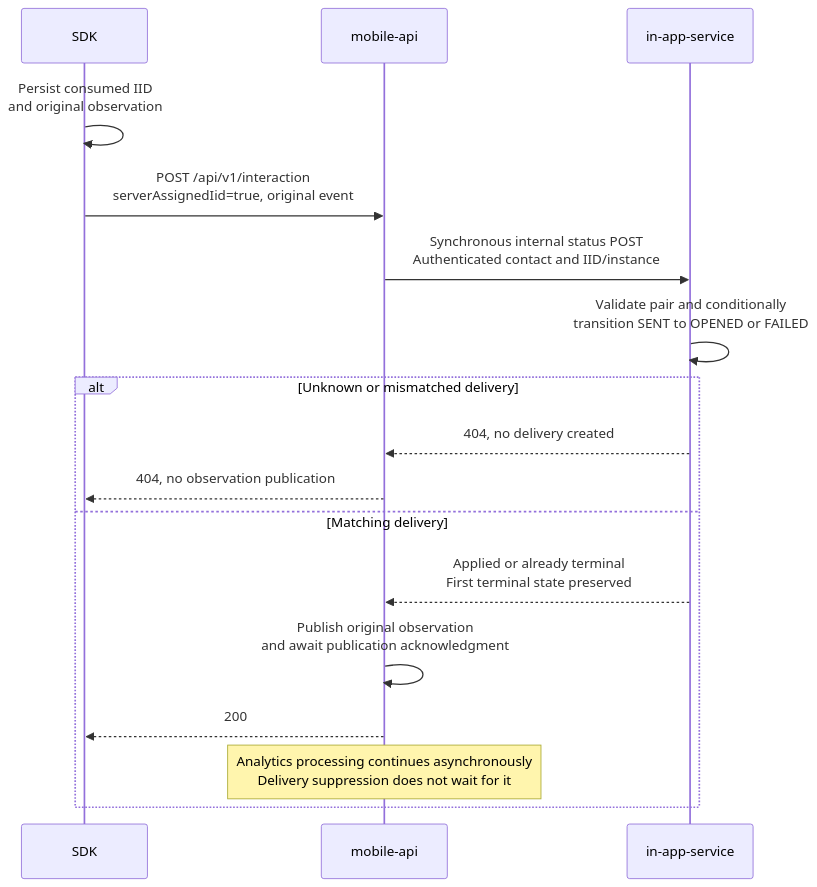
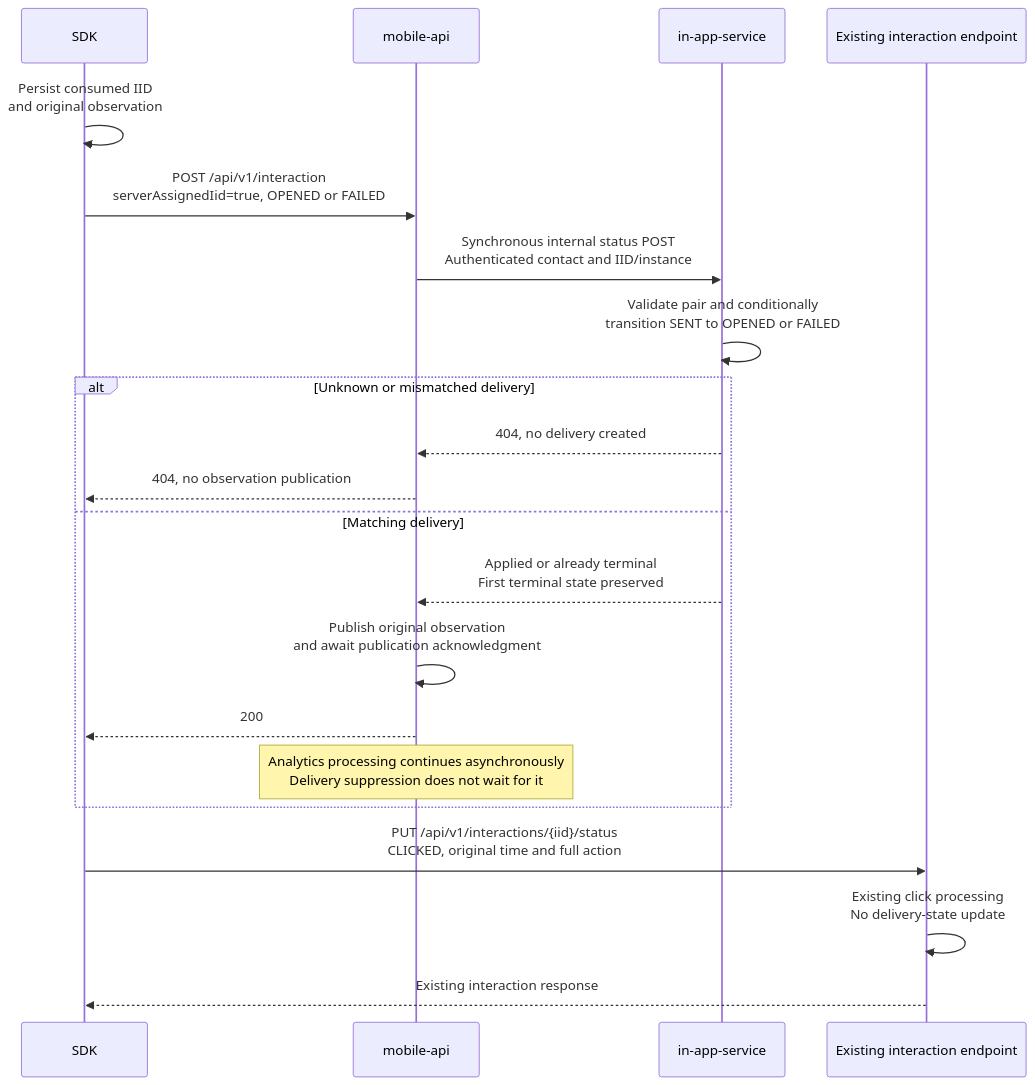
The second of 3 diagrams in docs/in-app-workflow/README.md (reteno-com/reteno-mobile-ios-sdk), drawn with Mermaid before and after one commit. The commit also changed other lines of this file and 5 other files, not shown here.

First line of the commit message:
fix(Reteno): restore In-App clicks through the status endpoint

````diff
--- a/docs/in-app-workflow/README.md
+++ b/docs/in-app-workflow/README.md
@@ -114,19 +118,23 @@
 ```mermaid
 sequenceDiagram
     participant S as SDK
     participant M as mobile-api
     participant I as in-app-service
+    participant T as Existing interaction endpoint
     S->>S: Persist consumed IID<br/>and original observation
-    S->>M: POST /api/v1/interaction<br/>serverAssignedIid=true, original event
+    S->>M: POST /api/v1/interaction<br/>serverAssignedIid=true, OPENED or FAILED
     M->>I: Synchronous internal status POST<br/>Authenticated contact and IID/instance
     I->>I: Validate pair and conditionally<br/>transition SENT to OPENED or FAILED
     alt Unknown or mismatched delivery
         I-->>M: 404, no delivery created
         M-->>S: 404, no observation publication
     else Matching delivery
         I-->>M: Applied or already terminal<br/>First terminal state preserved
         M->>M: Publish original observation<br/>and await publication acknowledgment
         M-->>S: 200
         Note over M: Analytics processing continues asynchronously<br/>Delivery suppression does not wait for it
     end
+    S->>T: PUT /api/v1/interactions/{iid}/status<br/>CLICKED, original time and full action
+    T->>T: Existing click processing<br/>No delivery-state update
+    T-->>S: Existing interaction response
 ```
````
